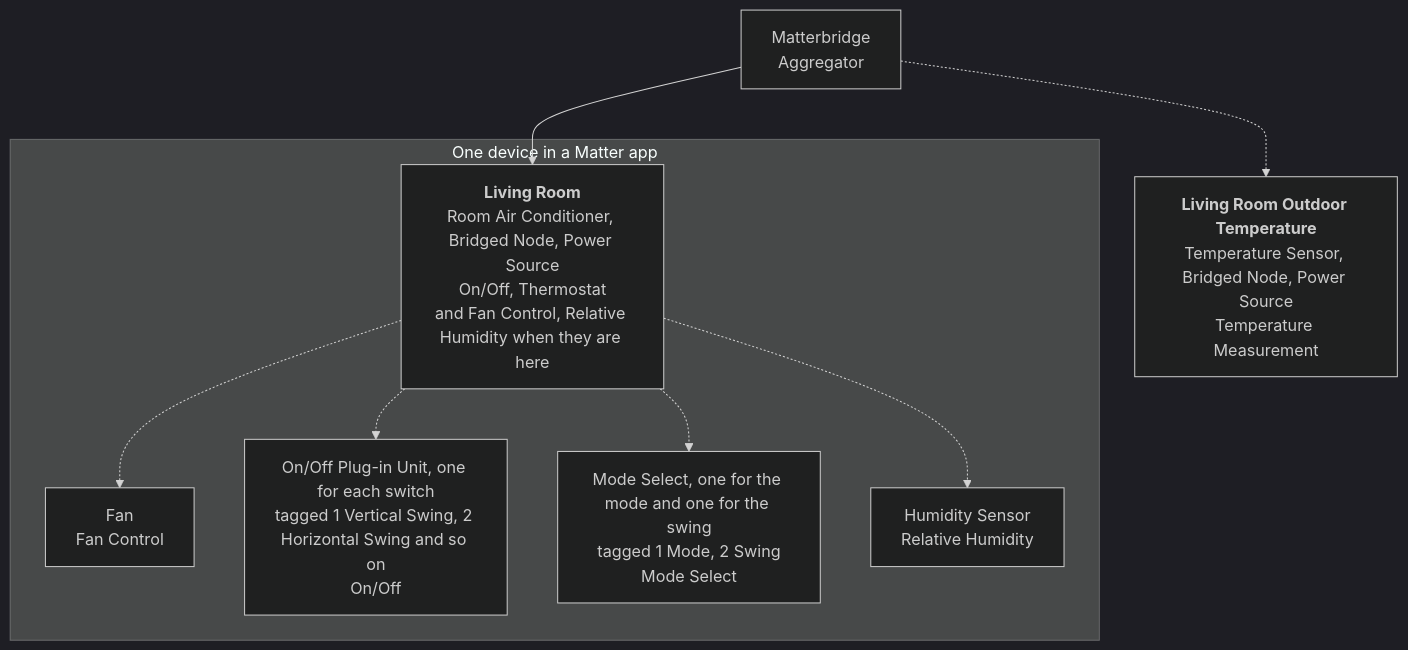
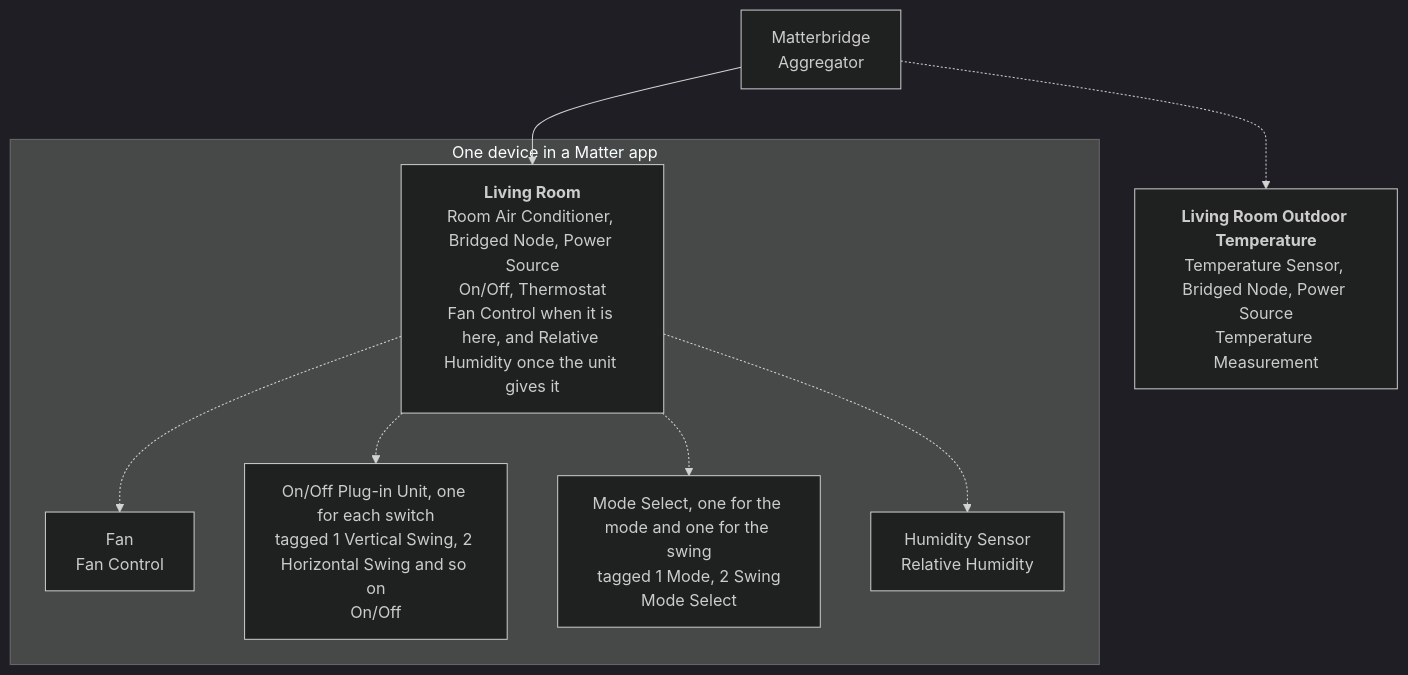
Before and after one commit to cheziyi/matterbridge-daikin-local: the first of 2 diagrams in README.md, drawn with Mermaid (dark theme). The commit also changed other lines of this file and 10 other files, not shown here.

First line of the commit message:
feat(sensors): keep the humidity on the air conditioner beside its own sensor

````diff
--- a/README.md
+++ b/README.md
@@ -116,18 +116,18 @@
 ```mermaid
 flowchart TD
     bridge["Matterbridge<br/>Aggregator"]
     subgraph device["One device in a Matter app"]
-        ac["<b>Living Room</b><br/>Room Air Conditioner, Bridged Node, Power Source<br/>On/Off, Thermostat<br/>and Fan Control, Relative Humidity when they are here"]
+        ac["<b>Living Room</b><br/>Room Air Conditioner, Bridged Node, Power Source<br/>On/Off, Thermostat<br/>Fan Control when it is here, and Relative Humidity once the unit gives it"]
         fan["Fan<br/>Fan Control"]
         switches["On/Off Plug-in Unit, one for each switch<br/>tagged 1 Vertical Swing, 2 Horizontal Swing and so on<br/>On/Off"]
         selects["Mode Select, one for the mode and one for the swing<br/>tagged 1 Mode, 2 Swing<br/>Mode Select"]
         humidity["Humidity Sensor<br/>Relative Humidity"]
     end
     outdoor["<b>Living Room Outdoor Temperature</b><br/>Temperature Sensor, Bridged Node, Power Source<br/>Temperature Measurement"]
     bridge --> ac
     ac -.-> fan
     ac -.-> switches
     ac -.-> selects
     ac -.-> humidity
     bridge -.-> outdoor
 ```
````
